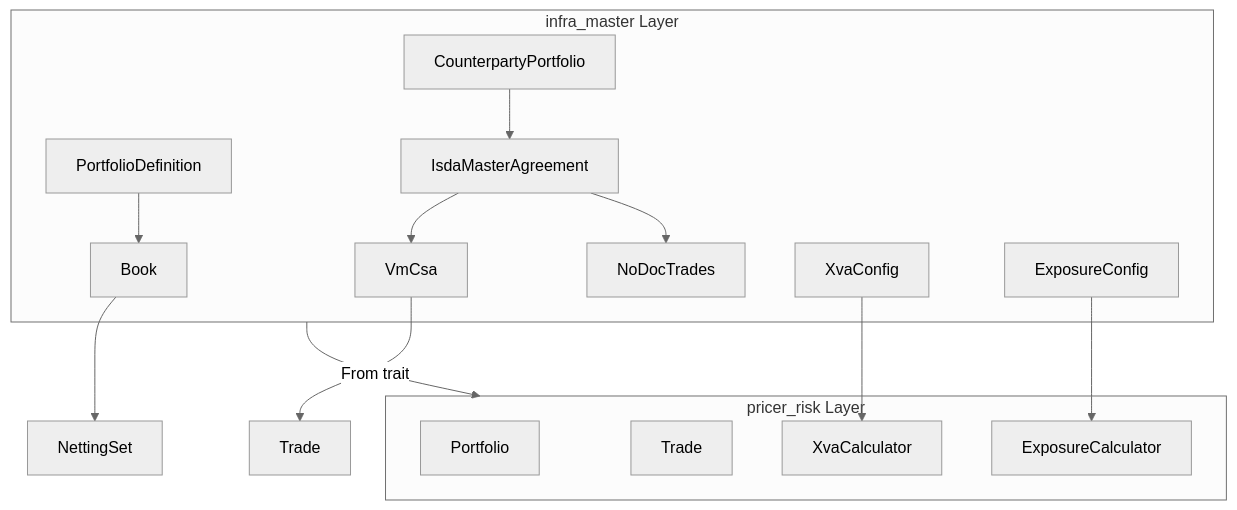
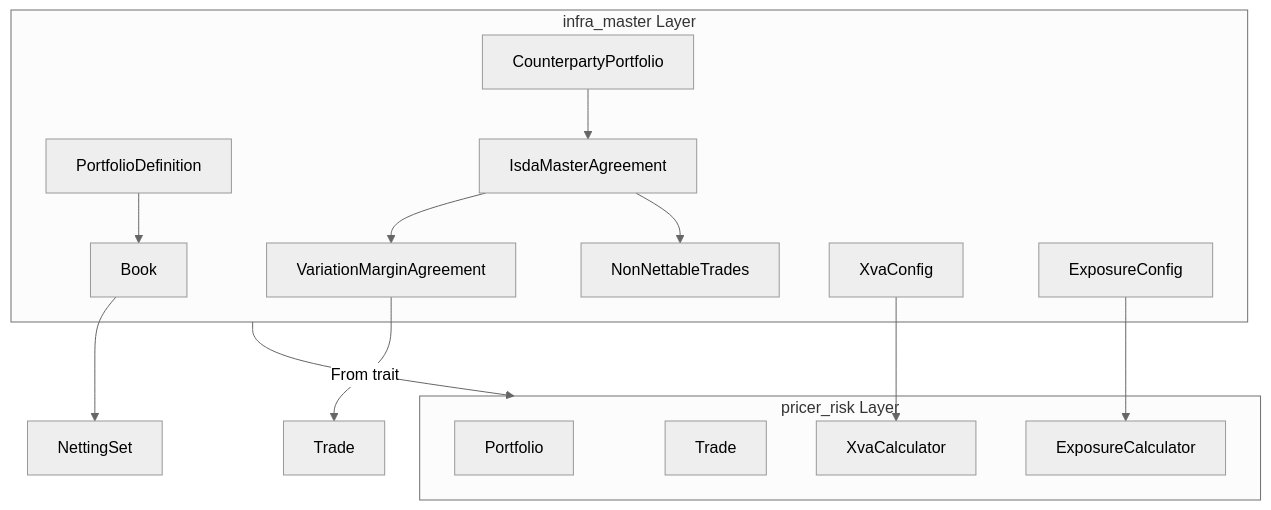
The first of 4 diagrams in .kiro/specs/portfolio-book-model/design.md (neutryx-lab/neutryx-rust), drawn with Mermaid (neutral theme) before and after one commit. The commit also changed other lines of this file and 10 other files, not shown here.

````diff
--- a/.kiro/specs/portfolio-book-model/design.md
+++ b/.kiro/specs/portfolio-book-model/design.md
@@ -42,31 +42,31 @@
 ```mermaid
 graph TB
     subgraph InfraMaster[infra_master Layer]
         Book[Book]
         Portfolio[PortfolioDefinition]
         ISDA[IsdaMasterAgreement]
-        VmCsa[VmCsa]
-        NoDoc[NoDocTrades]
+        VMA[VariationMarginAgreement]
+        NonNettable[NonNettableTrades]
         CPPortfolio[CounterpartyPortfolio]
         XvaConfig[XvaConfig]
         ExposureConfig[ExposureConfig]
     end
 
     subgraph PricerRisk[pricer_risk Layer]
         PRPortfolio[Portfolio]
         PRTrade[Trade]
         XvaCalc[XvaCalculator]
         ExposureCalc[ExposureCalculator]
     end
 
     Portfolio --> Book
     Book --> NettingSet
     CPPortfolio --> ISDA
-    ISDA --> VmCsa
-    ISDA --> NoDoc
-    VmCsa --> Trade
+    ISDA --> VMA
+    ISDA --> NonNettable
+    VMA --> Trade
 
     InfraMaster -->|From trait| PricerRisk
     XvaConfig --> XvaCalc
     ExposureConfig --> ExposureCalc
 ```
````
